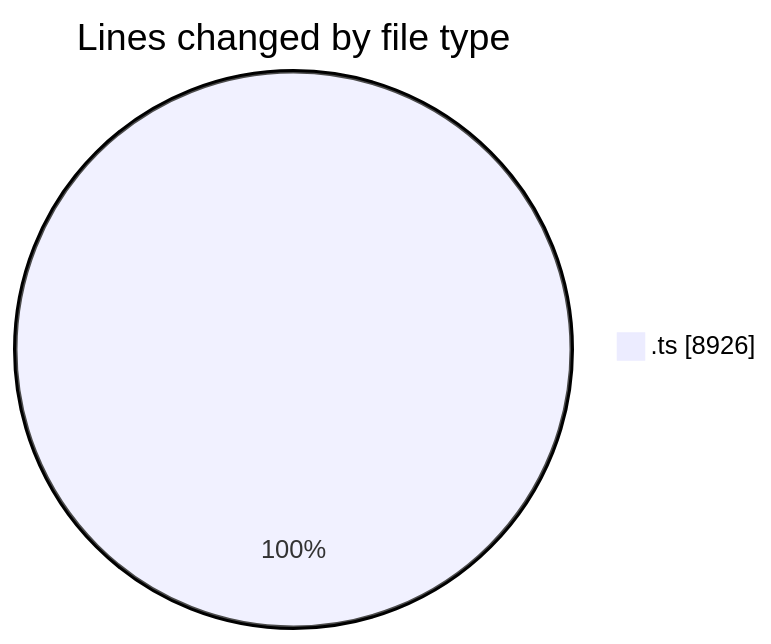
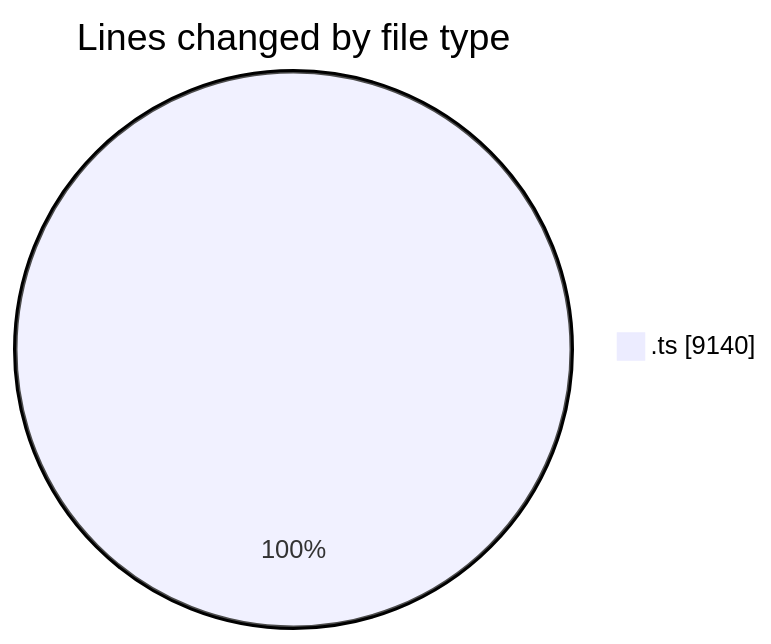
One commit to momahboobian/code-tracking changed the first of 2 diagrams in 2025-10-23/cda/README.md. Above: the diagram before and after it, drawn with Mermaid. The commit also changed other lines of this file and 1 other file, not shown here.

````diff
--- a/2025-10-23/cda/README.md
+++ b/2025-10-23/cda/README.md
@@ -26,5 +26,5 @@
 ```mermaid
 pie showData
 title Lines changed by file type
-".ts" : 8926
+".ts" : 9140
 ```
````
